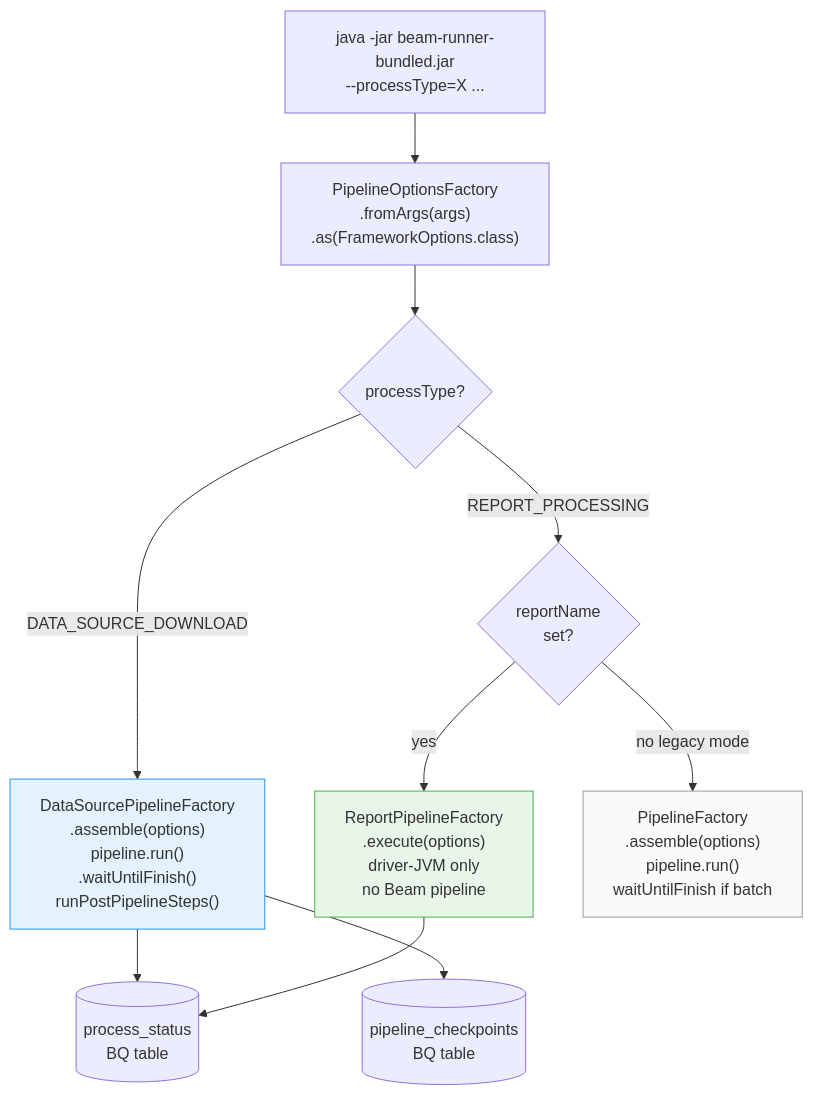
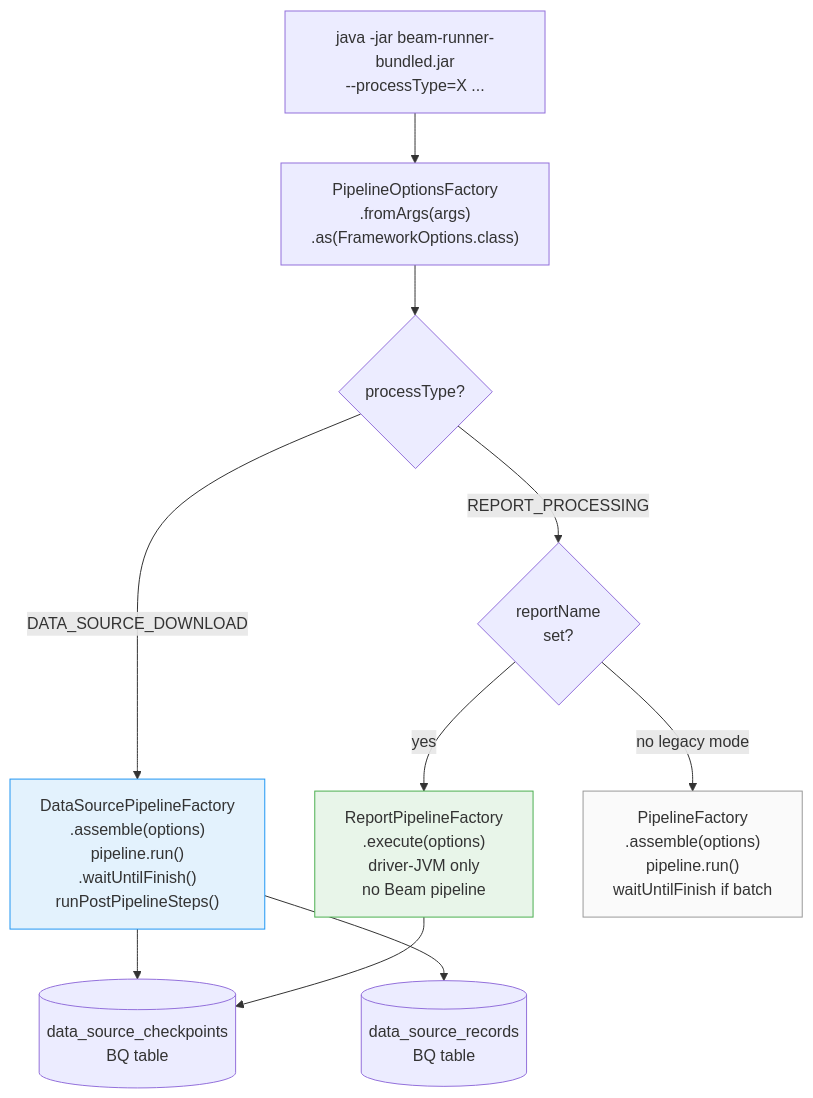
One commit to tushark-16bit/beam_framework changed the second of 13 diagrams in WALKTHROUGH.md. Above: the diagram before and after it, drawn with Mermaid. The commit also changed other lines of this file and 26 other files, not shown here.

````diff
--- a/WALKTHROUGH.md
+++ b/WALKTHROUGH.md
@@ -44,19 +44,19 @@
 ```mermaid
 flowchart TD
     A["java -jar beam-runner-bundled.jar\n--processType=X ..."] --> B["PipelineOptionsFactory\n.fromArgs(args)\n.as(FrameworkOptions.class)"]
     B --> C{processType?}
 
     C -->|DATA_SOURCE_DOWNLOAD| D["DataSourcePipelineFactory\n.assemble(options)\npipeline.run()\n.waitUntilFinish()\nrunPostPipelineSteps()"]
 
     C -->|REPORT_PROCESSING| E{reportName\nset?}
     E -->|yes| F["ReportPipelineFactory\n.execute(options)\ndriver-JVM only\nno Beam pipeline"]
     E -->|no legacy mode| G["PipelineFactory\n.assemble(options)\npipeline.run()\nwaitUntilFinish if batch"]
 
-    D --> H[("process_status\nBQ table")]
+    D --> H[("data_source_checkpoints\nBQ table")]
     F --> H
-    D --> I[("pipeline_checkpoints\nBQ table")]
+    D --> I[("data_source_records\nBQ table")]
 
     style F fill:#e8f5e9,stroke:#4CAF50
     style D fill:#e3f2fd,stroke:#2196F3
     style G fill:#fafafa,stroke:#999
 ```
````
